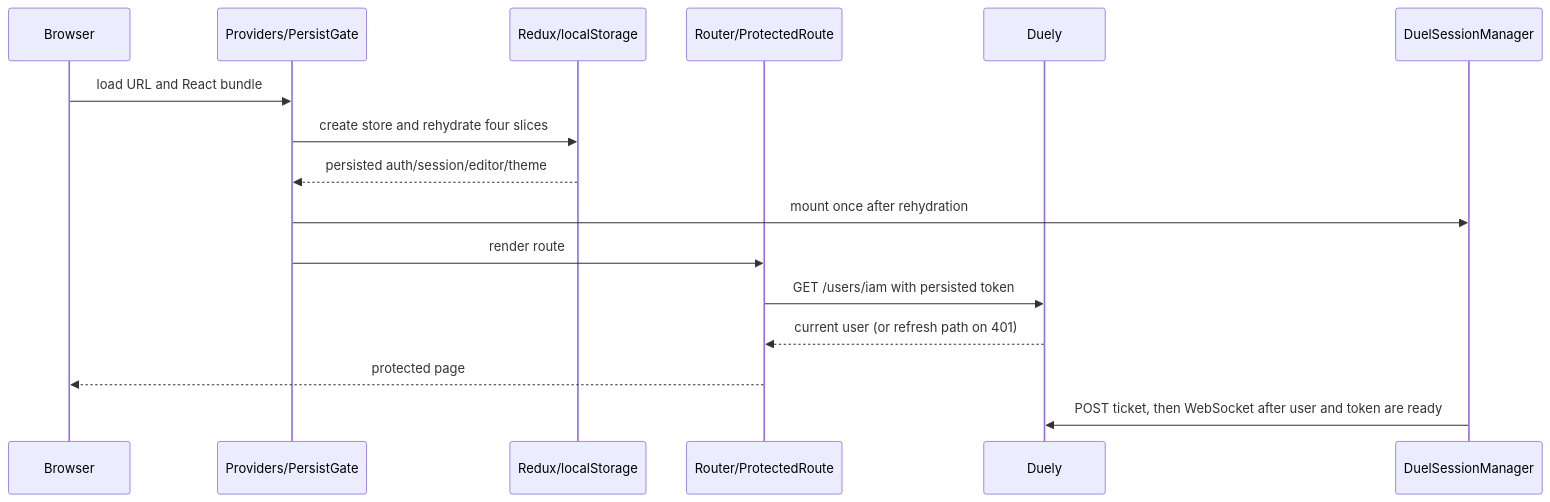
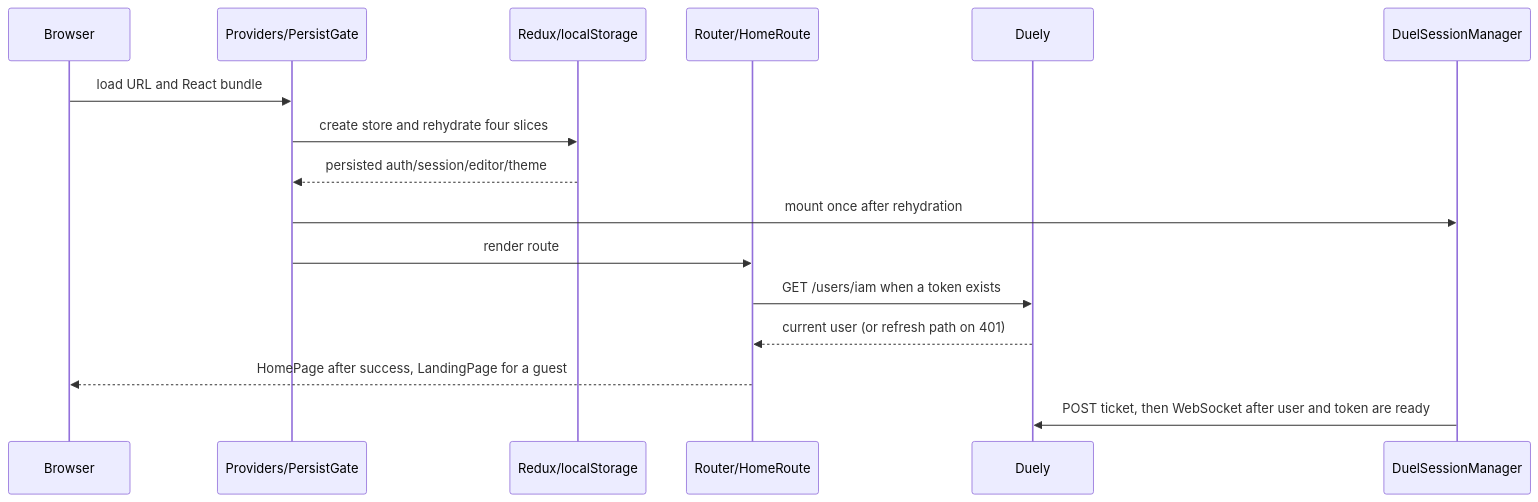
The diagram in docs/processes/application-bootstrap-and-routing.md (DIvanCode/CoDuels-Frontend), drawn with Mermaid before and after one commit. The commit also changed other lines of this file and 17 other files, not shown here.

Commit message:
feat(landing): add guest landing page (#95)

````diff
--- a/docs/processes/application-bootstrap-and-routing.md
+++ b/docs/processes/application-bootstrap-and-routing.md
@@ -51,18 +61,18 @@
 ```mermaid
 sequenceDiagram
     participant B as Browser
     participant P as Providers/PersistGate
     participant S as Redux/localStorage
-    participant R as Router/ProtectedRoute
+    participant R as Router/HomeRoute
     participant D as Duely
     participant M as DuelSessionManager
     B->>P: load URL and React bundle
     P->>S: create store and rehydrate four slices
     S-->>P: persisted auth/session/editor/theme
     P->>M: mount once after rehydration
     P->>R: render route
-    R->>D: GET /users/iam with persisted token
+    R->>D: GET /users/iam when a token exists
     D-->>R: current user (or refresh path on 401)
-    R-->>B: protected page
+    R-->>B: HomePage after success, LandingPage for a guest
     M->>D: POST ticket, then WebSocket after user and token are ready
 ```
````
